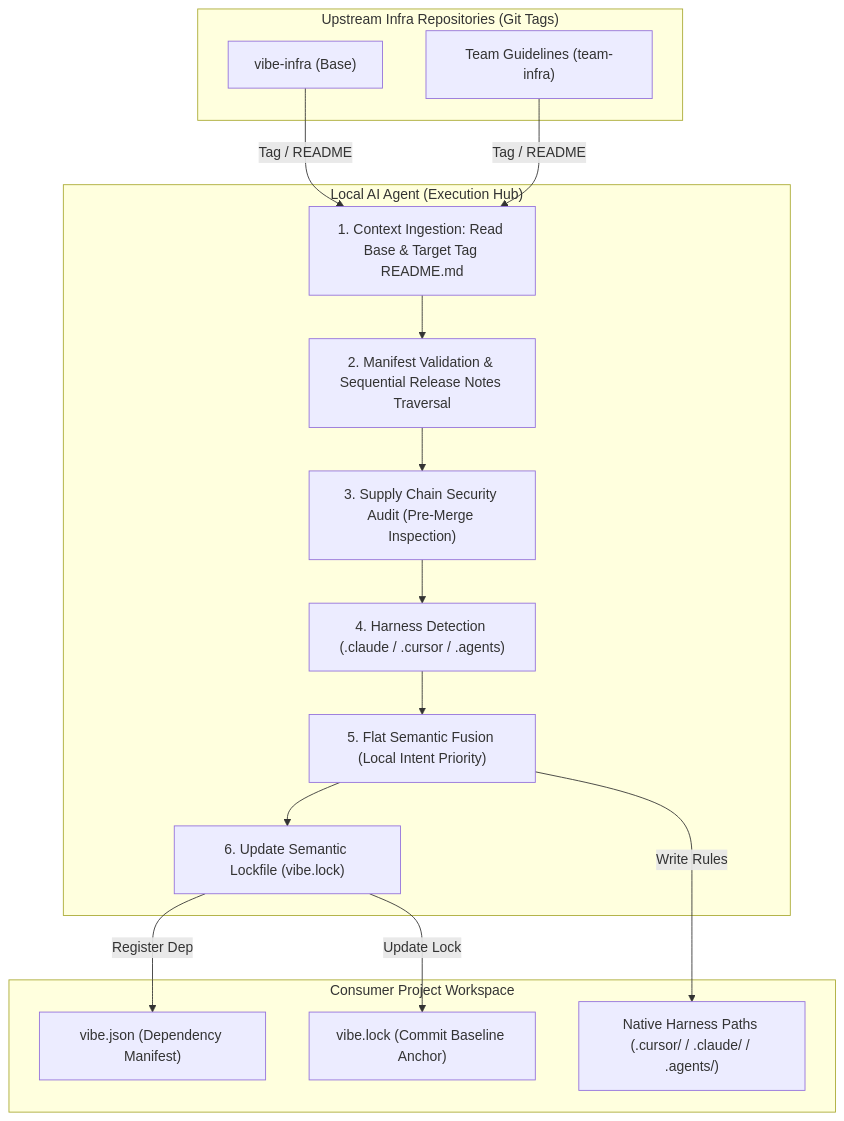
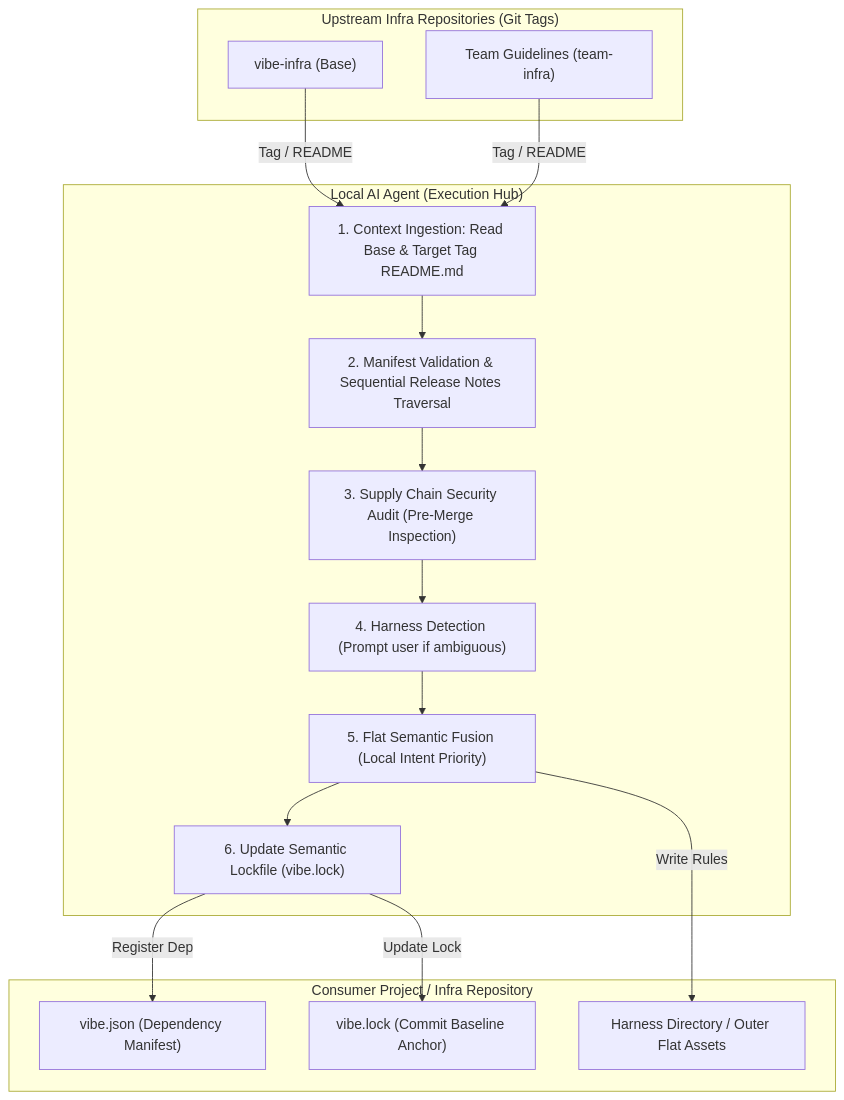
Before and after one commit to seho-dev/vibe-infra: the diagram in README.md, drawn with Mermaid. The commit also changed other lines of this file and 5 other files, not shown here.

````diff
--- a/README.md
+++ b/README.md
@@ -29,33 +29,33 @@
 ```mermaid
 flowchart TD
     subgraph Upstream ["Upstream Infra Repositories (Git Tags)"]
         BaseInfra["vibe-infra (Base)"]
         TeamInfra["Team Guidelines (team-infra)"]
     end
 
     subgraph AgentEngine ["Local AI Agent (Execution Hub)"]
         Context["1. Context Ingestion: Read Base & Target Tag README.md"]
         Verify["2. Manifest Validation & Sequential Release Notes Traversal"]
         Audit["3. Supply Chain Security Audit (Pre-Merge Inspection)"]
-        HarnessDetect["4. Harness Detection (.claude / .cursor / .agents)"]
+        HarnessDetect["4. Harness Detection (Prompt user if ambiguous)"]
         SemanticMerge["5. Flat Semantic Fusion (Local Intent Priority)"]
         LockGen["6. Update Semantic Lockfile (vibe.lock)"]
     end
 
-    subgraph LocalProject ["Consumer Project Workspace"]
+    subgraph LocalProject ["Consumer Project / Infra Repository"]
         VibeJson["vibe.json (Dependency Manifest)"]
         VibeLock["vibe.lock (Commit Baseline Anchor)"]
-        TargetDir["Native Harness Paths (.cursor/ / .claude/ / .agents/)"]
+        TargetDir["Harness Directory / Outer Flat Assets"]
     end
 
     BaseInfra -->|"Tag / README"| Context
     TeamInfra -->|"Tag / README"| Context
     Context --> Verify
     Verify --> Audit
     Audit --> HarnessDetect
     HarnessDetect --> SemanticMerge
     SemanticMerge --> LockGen
     LockGen -->|"Update Lock"| VibeLock
     LockGen -->|"Register Dep"| VibeJson
     SemanticMerge -->|"Write Rules"| TargetDir
 ```
````
